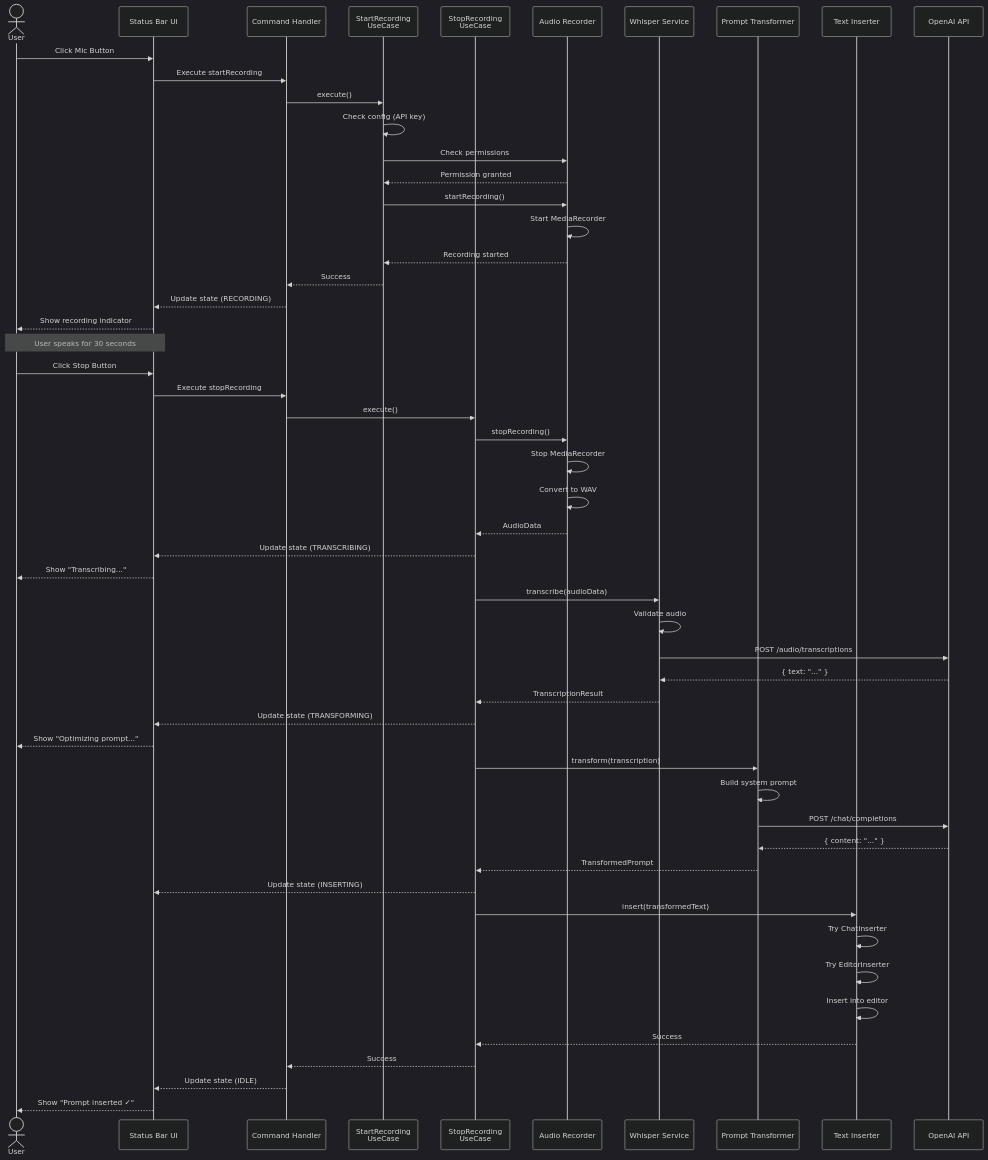
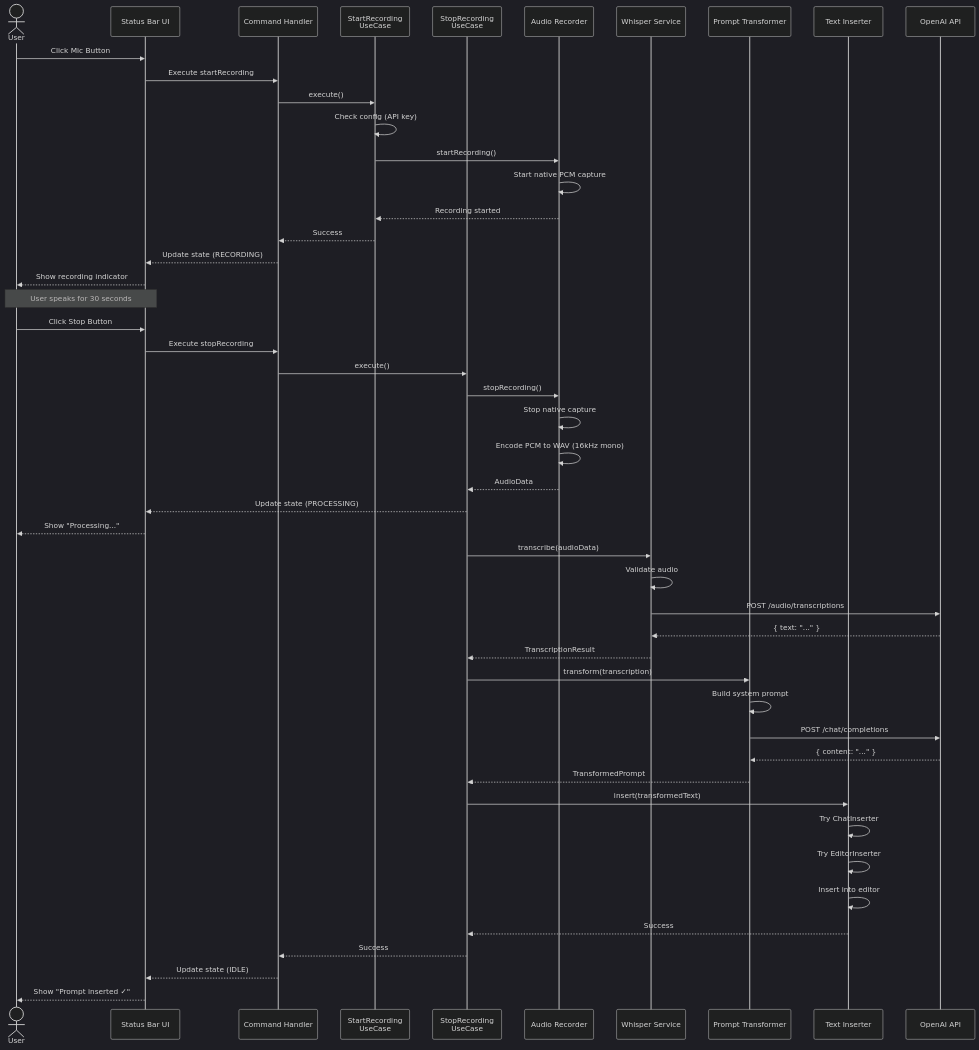
The first of 9 diagrams in docs/flows/complete-flow.md (vypdev/cursor-whisper), drawn with Mermaid (dark theme) before and after one commit. The commit also changed other lines of this file and 30 other files, not shown here.

````diff
--- a/docs/flows/complete-flow.md
+++ b/docs/flows/complete-flow.md
@@ -17,69 +17,61 @@
 ```mermaid
 sequenceDiagram
     actor User
     participant UI as Status Bar UI
     participant CMD as Command Handler
     participant UC1 as StartRecording<br/>UseCase
     participant UC2 as StopRecording<br/>UseCase
     participant Audio as Audio Recorder
     participant Whisper as Whisper Service
     participant GPT as Prompt Transformer
     participant Insert as Text Inserter
     participant OpenAI as OpenAI API
 
     User->>UI: Click Mic Button
     UI->>CMD: Execute startRecording
     CMD->>UC1: execute()
     
     UC1->>UC1: Check config (API key)
-    UC1->>Audio: Check permissions
-    Audio-->>UC1: Permission granted
-    
     UC1->>Audio: startRecording()
-    Audio->>Audio: Start MediaRecorder
+    Audio->>Audio: Start native PCM capture
     Audio-->>UC1: Recording started
     UC1-->>CMD: Success
     CMD-->>UI: Update state (RECORDING)
     UI-->>User: Show recording indicator
 
     Note over User,UI: User speaks for 30 seconds
 
     User->>UI: Click Stop Button
     UI->>CMD: Execute stopRecording
     CMD->>UC2: execute()
     
     UC2->>Audio: stopRecording()
-    Audio->>Audio: Stop MediaRecorder
-    Audio->>Audio: Convert to WAV
+    Audio->>Audio: Stop native capture
+    Audio->>Audio: Encode PCM to WAV (16kHz mono)
     Audio-->>UC2: AudioData
     
-    UC2-->>UI: Update state (TRANSCRIBING)
-    UI-->>User: Show "Transcribing..."
+    UC2-->>UI: Update state (PROCESSING)
+    UI-->>User: Show "Processing..."
     
     UC2->>Whisper: transcribe(audioData)
     Whisper->>Whisper: Validate audio
     Whisper->>OpenAI: POST /audio/transcriptions
     OpenAI-->>Whisper: { text: "..." }
     Whisper-->>UC2: TranscriptionResult
     
-    UC2-->>UI: Update state (TRANSFORMING)
-    UI-->>User: Show "Optimizing prompt..."
-    
     UC2->>GPT: transform(transcription)
     GPT->>GPT: Build system prompt
     GPT->>OpenAI: POST /chat/completions
     OpenAI-->>GPT: { content: "..." }
     GPT-->>UC2: TransformedPrompt
-    
-    UC2-->>UI: Update state (INSERTING)
     
     UC2->>Insert: insert(transformedText)
     Insert->>Insert: Try ChatInserter
     Insert->>Insert: Try EditorInserter
     Insert->>Insert: Insert into editor
     Insert-->>UC2: Success
     
     UC2-->>CMD: Success
     CMD-->>UI: Update state (IDLE)
     UI-->>User: Show "Prompt inserted ✓"
 ```
````
